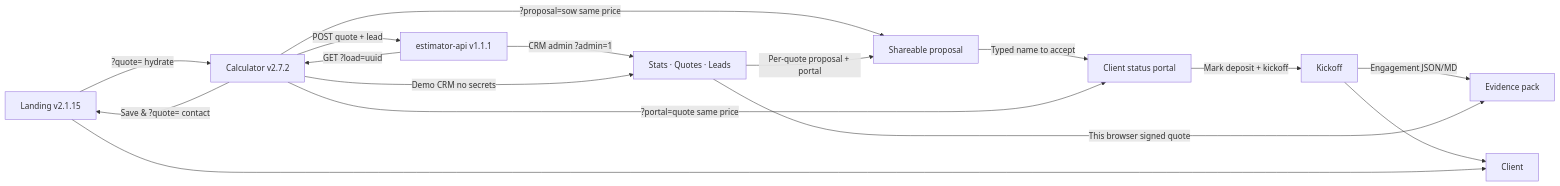
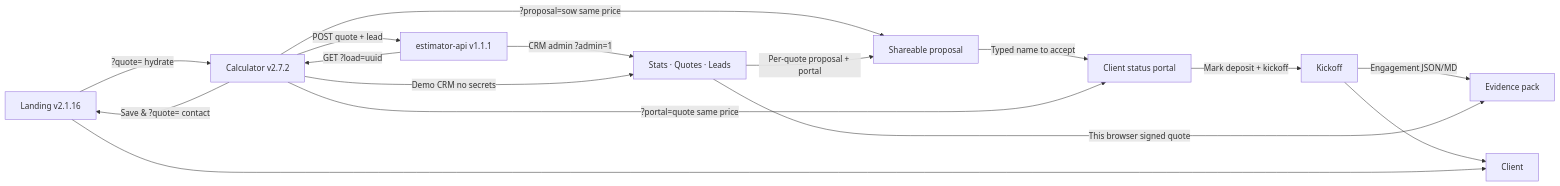
The diagram in README.md (pixellayer7-jpg/pixellayer7-jpg), drawn with Mermaid before and after one commit. The commit also changed other lines of this file and 3 other files, not shown here.

````diff
--- a/README.md
+++ b/README.md
@@ -19,18 +19,18 @@
 ```mermaid
 flowchart LR
-  A[Landing v2.1.15] -->|?quote= hydrate| B[Calculator v2.7.2]
+  A[Landing v2.1.16] -->|?quote= hydrate| B[Calculator v2.7.2]
   B -->|Save & ?quote= contact| A
   B -->|?proposal=sow same price| R[Shareable proposal]
   R -->|Typed name to accept| P[Client status portal]
   P -->|Mark deposit + kickoff| K[Kickoff]
   K -->|Engagement JSON/MD| X[Evidence pack]
   B -->|?portal=quote same price| P
   B -->|POST quote + lead| D[estimator-api v1.1.1]
   D -->|CRM admin ?admin=1| E[Stats · Quotes · Leads]
   B -->|Demo CRM no secrets| E
   E -->|This browser signed quote| X
   E -->|Per-quote proposal + portal| R
   K --> F[Client]
   D -->|GET ?load=uuid| B
   A --> F[Client]
 ```
````
